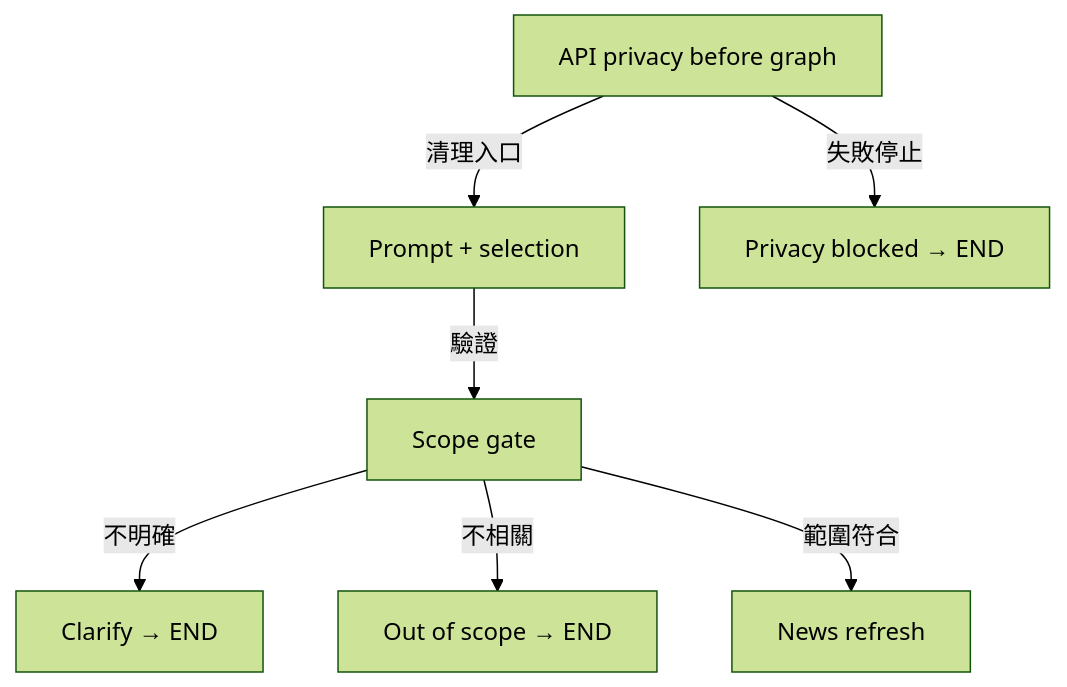
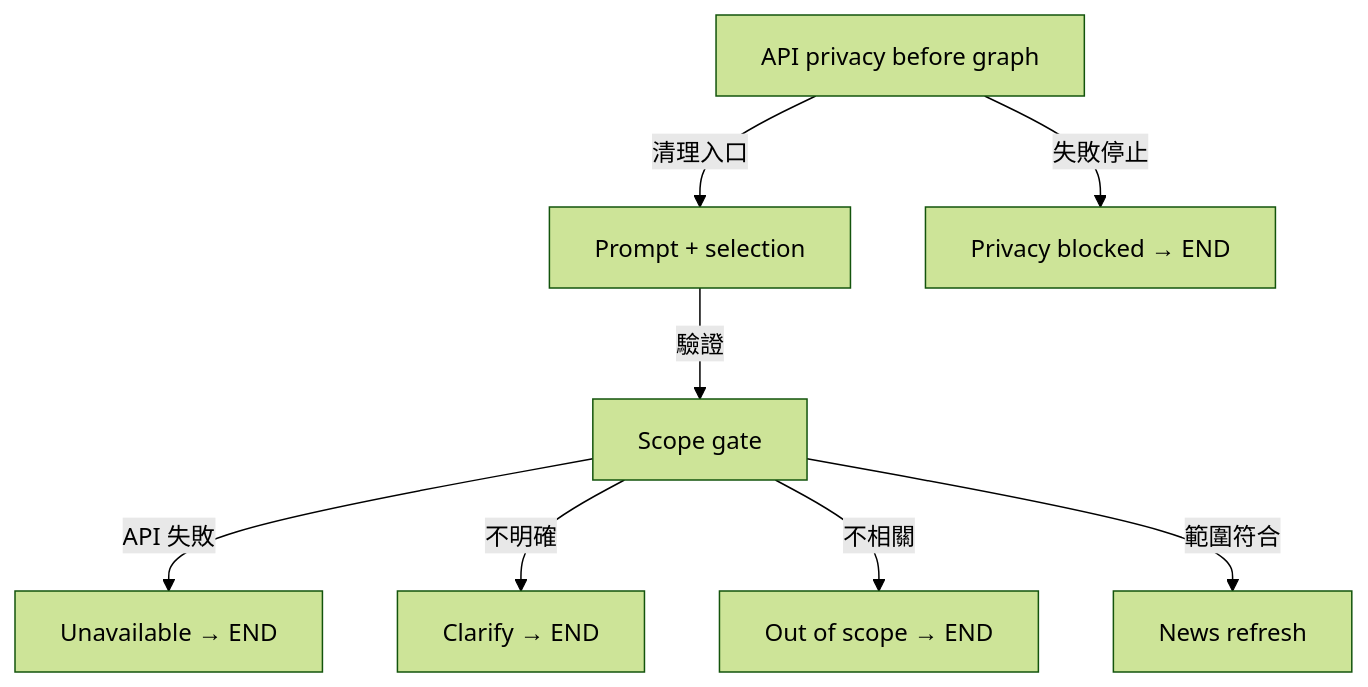
The diagram in public/downloads/finance-diagrams/company-zh.mmd (ByronHo68/ai-learning-academy), drawn with Mermaid (forest theme) before and after one commit. The commit also changed 81 other files, not shown here.

```diff
--- a/public/downloads/finance-diagrams/company-zh.mmd
+++ b/public/downloads/finance-diagrams/company-zh.mmd
@@ -1,14 +1,16 @@
 flowchart TD
   n0["API privacy before graph"]
   n1["Prompt + selection"]
   n2["Privacy blocked → END"]
   n3["Scope gate"]
-  n4["Clarify → END"]
-  n5["Out of scope → END"]
-  n6["News refresh"]
+  n4["Unavailable → END"]
+  n5["Clarify → END"]
+  n6["Out of scope → END"]
+  n7["News refresh"]
   n0 -- "清理入口" --> n1
   n0 -- "失敗停止" --> n2
   n1 -- "驗證" --> n3
-  n3 -- "不明確" --> n4
-  n3 -- "不相關" --> n5
-  n3 -- "範圍符合" --> n6
+  n3 -- "API 失敗" --> n4
+  n3 -- "不明確" --> n5
+  n3 -- "不相關" --> n6
+  n3 -- "範圍符合" --> n7
```
